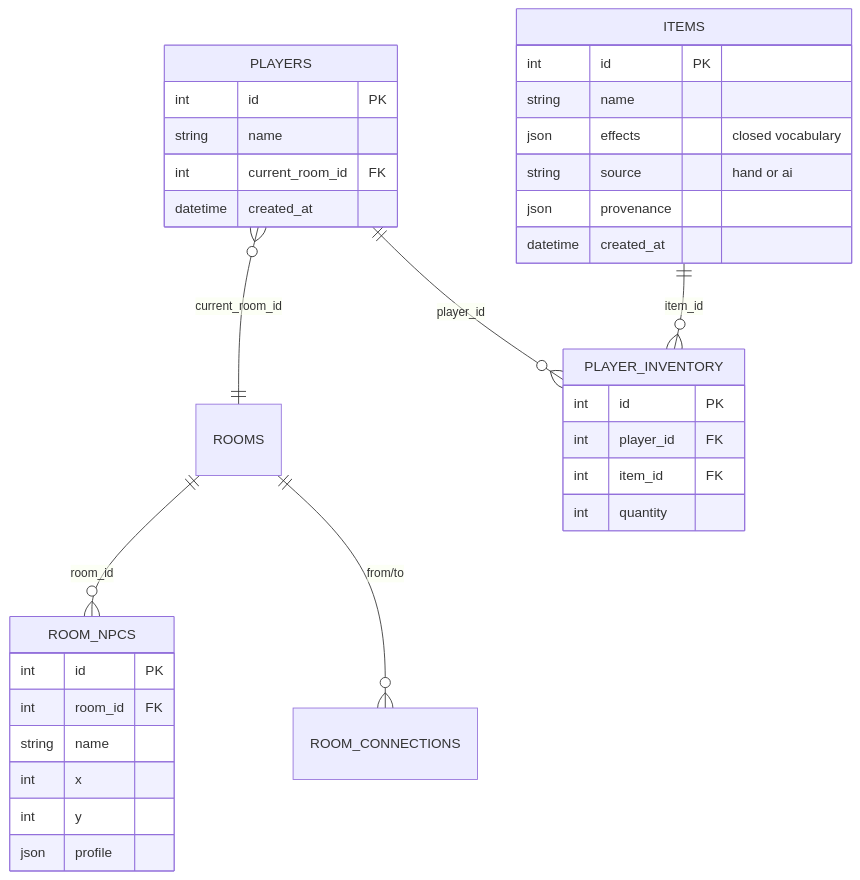
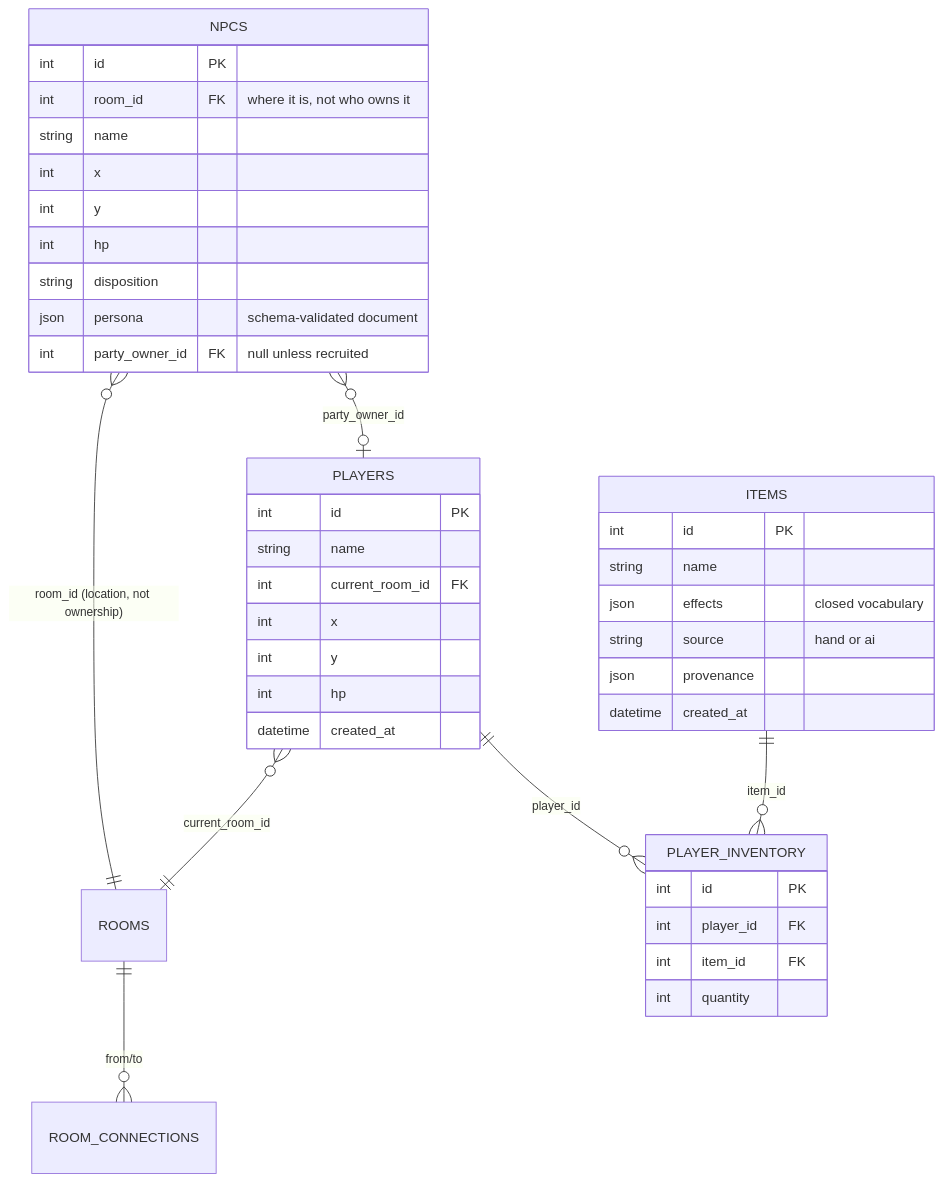
Before and after one commit to GoldenWind8/roguelike-mvp: the second of 2 diagrams in docs/DB_SCHEMA.md, drawn with Mermaid. The commit also changed other lines of this file and 22 other files, not shown here.

````diff
--- a/docs/DB_SCHEMA.md
+++ b/docs/DB_SCHEMA.md
@@ -126,40 +159,47 @@
 ```mermaid
 erDiagram
-    ROOMS ||--o{ ROOM_NPCS : "room_id"
+    NPCS }o--|| ROOMS : "room_id (location, not ownership)"
     ROOMS ||--o{ ROOM_CONNECTIONS : "from/to"
     PLAYERS }o--|| ROOMS : "current_room_id"
+    NPCS }o--o| PLAYERS : "party_owner_id"
     PLAYERS ||--o{ PLAYER_INVENTORY : "player_id"
     ITEMS ||--o{ PLAYER_INVENTORY : "item_id"
 
-    ROOM_NPCS {
+    NPCS {
         int id PK
-        int room_id FK
+        int room_id FK "where it is, not who owns it"
         string name
         int x
         int y
-        json profile
+        int hp
+        string disposition
+        json persona "schema-validated document"
+        int party_owner_id FK "null unless recruited"
     }
 
     PLAYERS {
         int id PK
         string name
         int current_room_id FK
+        int x
+        int y
+        int hp
         datetime created_at
     }
 
     ITEMS {
         int id PK
         string name
         json effects "closed vocabulary"
         string source "hand or ai"
         json provenance
         datetime created_at
     }
 
     PLAYER_INVENTORY {
         int id PK
         int player_id FK
         int item_id FK
         int quantity
     }
 ```
````
